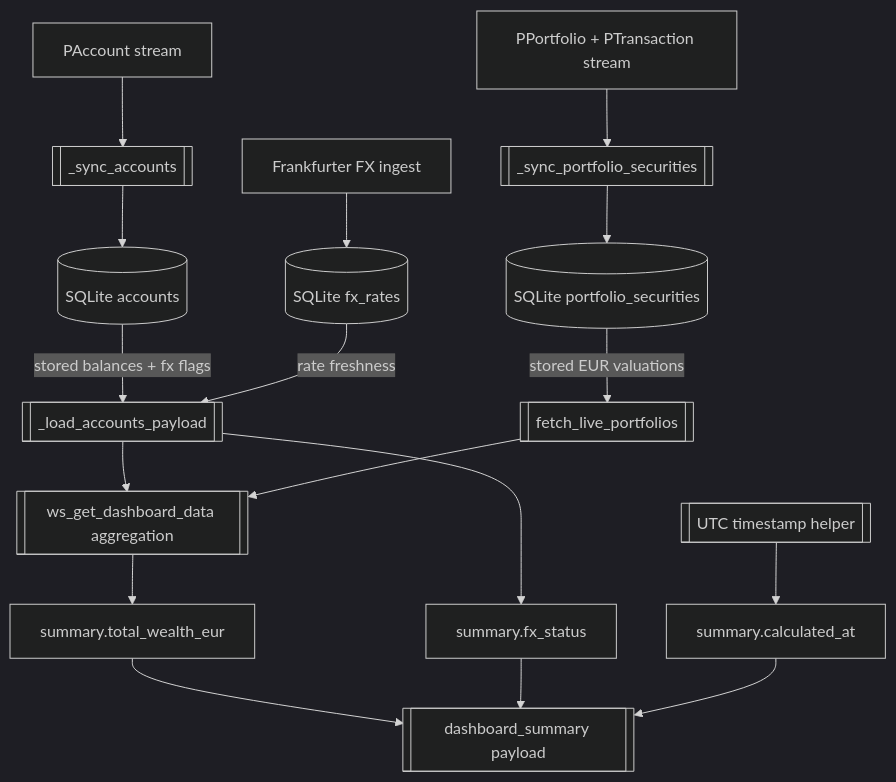
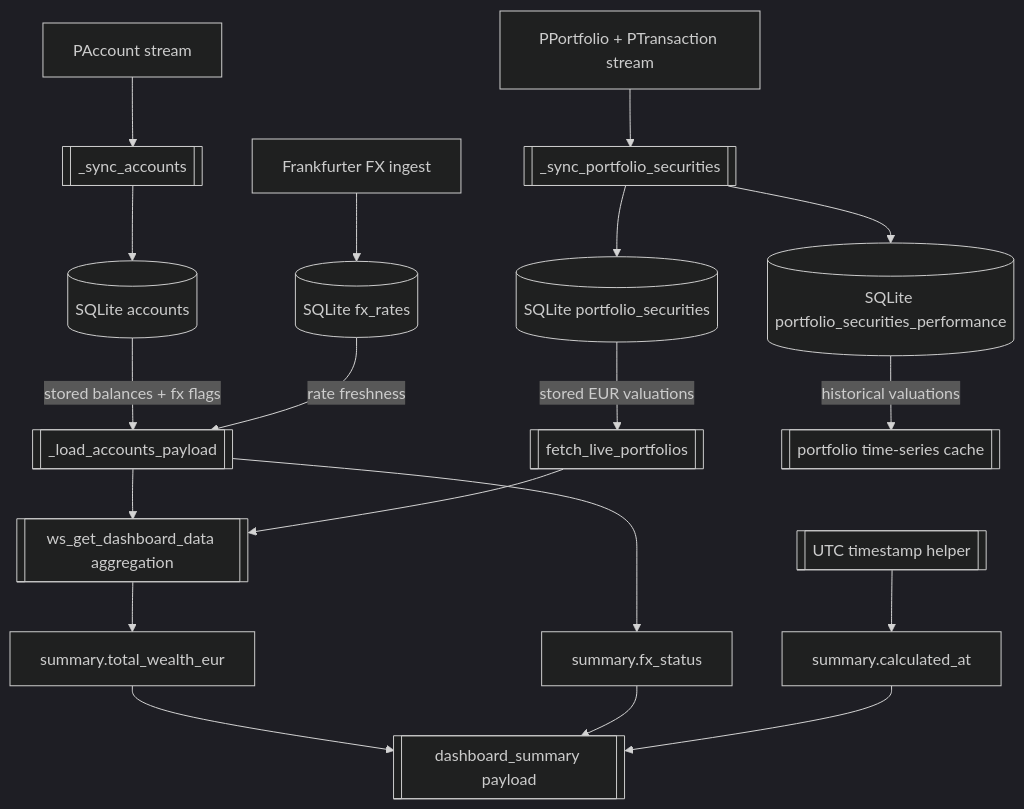
One commit to Freakandi/ha-pp-reader changed the first of 8 diagrams in datamodel/frontend-datamodel-visualizations.md. Above: the diagram before and after it, drawn with Mermaid (dark theme). The commit also changed other lines of this file and 1 other file, not shown here.

Commit message:
Document portfolio security performance snapshots

````diff
--- a/datamodel/frontend-datamodel-visualizations.md
+++ b/datamodel/frontend-datamodel-visualizations.md
@@ -11,19 +11,21 @@
 ```mermaid
 flowchart TD
   AccountsProto["PAccount stream"] --> SyncAccounts[[_sync_accounts]]
   SyncAccounts --> A1[(SQLite accounts)]
   FXProto["Frankfurter FX ingest"] --> A2[(SQLite fx_rates)]
   HoldingsProto["PPortfolio + PTransaction stream"] --> SyncHoldings[[_sync_portfolio_securities]]
   SyncHoldings --> P1[(SQLite portfolio_securities)]
+  SyncHoldings --> PPerf[(SQLite portfolio_securities_performance)]
   A1 -->|stored balances + fx flags| L1[[_load_accounts_payload]]
   A2 -->|rate freshness| L1
   P1 -->|stored EUR valuations| L2[[fetch_live_portfolios]]
   L1 --> Agg[[ws_get_dashboard_data aggregation]]
   L2 --> Agg
   Agg --> Total[summary.total_wealth_eur]
   L1 --> FX[summary.fx_status]
+  PPerf -->|historical valuations| Hist[[portfolio time-series cache]]
   Clock[[UTC timestamp helper]] --> Stamp[summary.calculated_at]
   Total --> Payload[[dashboard_summary payload]]
   FX --> Payload
   Stamp --> Payload
 ```
````
